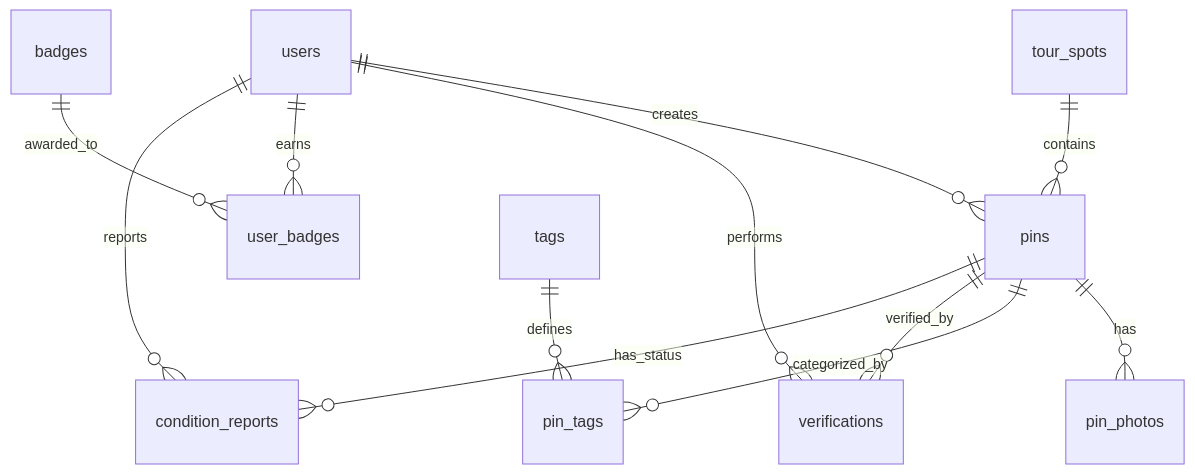
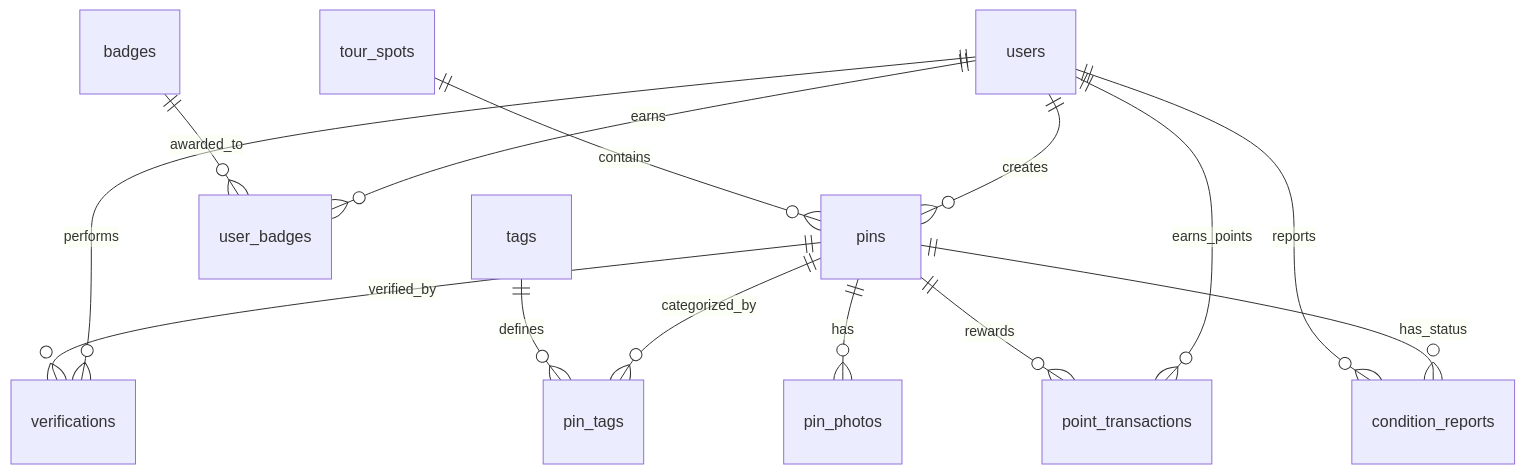
One commit to hwanginyong02/travel changed the diagram in backend/README.md. Above: the diagram before and after it, drawn with Mermaid. The commit also changed other lines of this file and 42 other files, not shown here.

````diff
--- a/backend/README.md
+++ b/backend/README.md
@@ -11,16 +11,18 @@
 ```mermaid
 erDiagram
     users ||--o{ pins : "creates"
     users ||--o{ verifications : "performs"
     users ||--o{ user_badges : "earns"
+    users ||--o{ point_transactions : "earns_points"
     badges ||--o{ user_badges : "awarded_to"
+    pins ||--o{ point_transactions : "rewards"
     
     tour_spots ||--o{ pins : "contains"
     pins ||--o{ pin_photos : "has"
     pins ||--o{ pin_tags : "categorized_by"
     tags ||--o{ pin_tags : "defines"
     
     pins ||--o{ verifications : "verified_by"
     pins ||--o{ condition_reports : "has_status"
     users ||--o{ condition_reports : "reports"
 ```
````
